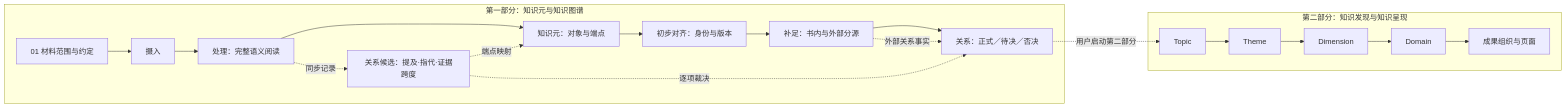
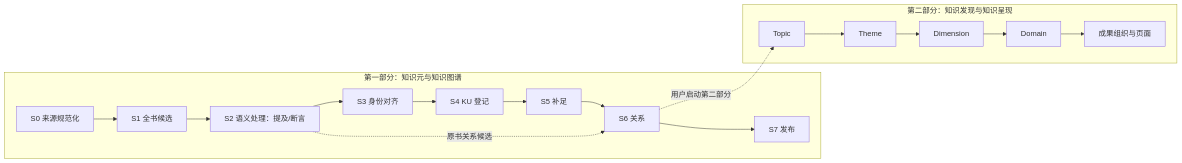
One commit to fengbaifan/PNP-Final-DATA changed the diagram in README.md. Above: the diagram before and after it, drawn with Mermaid. The commit also changed other lines of this file and 5 other files, not shown here.

````diff
--- a/README.md
+++ b/README.md
@@ -9,19 +9,13 @@
 ```mermaid
 flowchart LR
   subgraph P1[第一部分：知识元与知识图谱]
-    S[01 材料范围与约定] --> A[摄入] --> B[处理：完整语义阅读]
-    B --> C[知识元：对象与端点]
-    C --> D[初步对齐：身份与版本]
-    D --> E[补足：书内与外部分源]
-    E --> F[关系：正式／待决／否决]
-    B -.同步记录.-> R[关系候选：提及·指代·证据跨度]
-    R -.端点映射.-> C
-    R -.逐项裁决.-> F
-    E -.外部关系事实.-> F
+    A[S0 来源规范化] --> B[S1 全书候选] --> C[S2 语义处理：提及/断言]
+    C --> D[S3 身份对齐] --> E[S4 KU 登记] --> F[S5 补足] --> G[S6 关系] --> H[S7 发布]
+    C -.原书关系候选.-> G
   end
   subgraph P2[第二部分：知识发现与知识呈现]
-    G[Topic] --> H[Theme] --> I[Dimension] --> J[Domain]
-    J --> K[成果组织与页面]
+    I[Topic] --> J[Theme] --> K[Dimension] --> L[Domain]
+    L --> M[成果组织与页面]
   end
-  F -.用户启动第二部分.-> G
+  G -.用户启动第二部分.-> I
 ```
````
